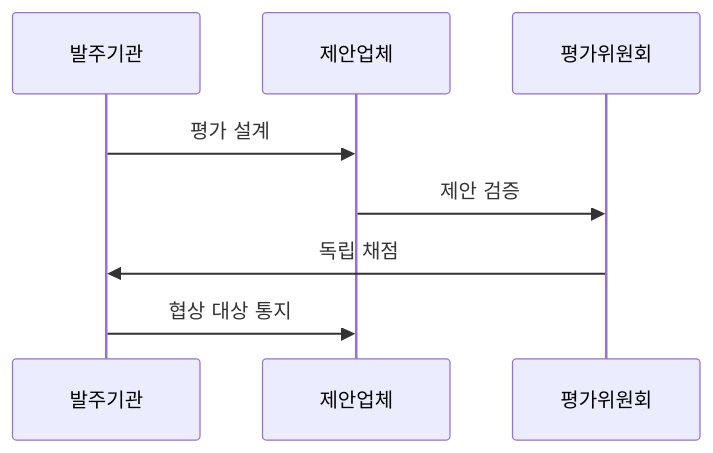
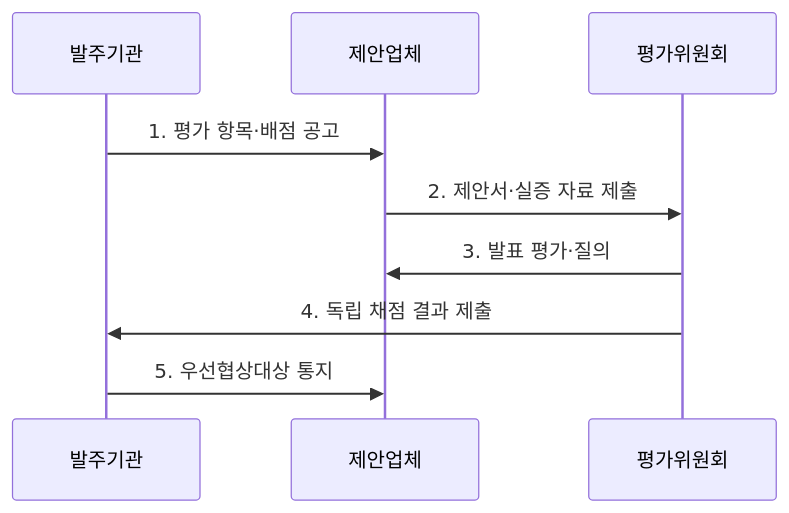
Before and after one commit to agnusdei1207/knowledge-base: the second of 2 diagrams in src/content/docs/notes/07-law-policy/019_sw_technology_evaluation.md, drawn with Mermaid. The commit also changed other lines of this file and 9 other files, not shown here.

````diff
--- a/src/content/docs/notes/07-law-policy/019_sw_technology_evaluation.md
+++ b/src/content/docs/notes/07-law-policy/019_sw_technology_evaluation.md
@@ -73,10 +75,11 @@
 ```mermaid
 sequenceDiagram
     participant 발주기관
     participant 제안업체
     participant 평가위원회
-    발주기관->>제안업체: 평가 설계
-    제안업체->>평가위원회: 제안 검증
-    평가위원회->>발주기관: 독립 채점
-    발주기관->>제안업체: 협상 대상 통지
+    발주기관->>제안업체: 1. 평가 항목·배점 공고
+    제안업체->>평가위원회: 2. 제안서·실증 자료 제출
+    평가위원회->>제안업체: 3. 발표 평가·질의
+    평가위원회->>발주기관: 4. 독립 채점 결과 제출
+    발주기관->>제안업체: 5. 우선협상대상 통지
 ```
````
